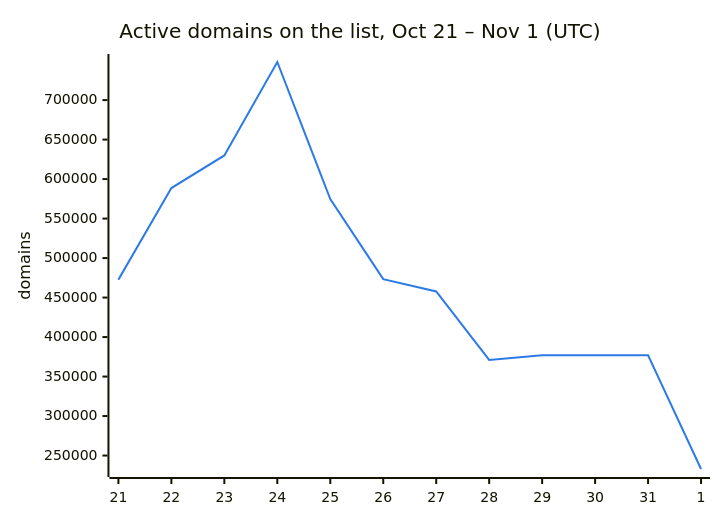
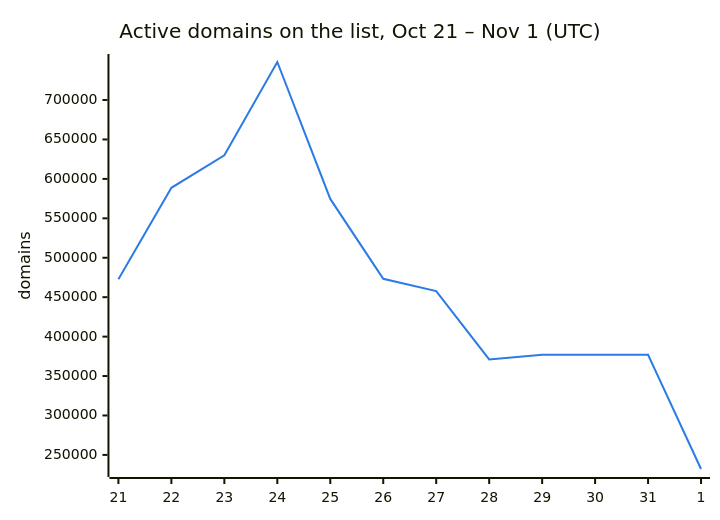
The second of 3 diagrams in README.md (DNSBunker/CTI), drawn with Mermaid before and after one commit. The commit also changed other lines of this file and 3 other files, not shown here.

````diff
--- a/README.md
+++ b/README.md
@@ -38,8 +38,8 @@
 ```mermaid
 %%{init: {"themeVariables": {"xyChart": {"plotColorPalette": "#2c7be5"}}}}%%
 xychart-beta
     title "Active domains on the list, Oct 21 – Nov 1 (UTC)"
     x-axis ["21", "22", "23", "24", "25", "26", "27", "28", "29", "30", "31", "1"]
     y-axis "domains"
-    line [472713, 588659, 629951, 748222, 574614, 473331, 457795, 371010, 376945, 376945, 376945, 232971]
+    line [472713, 588659, 629951, 748222, 574614, 473331, 457795, 371010, 376945, 376945, 376945, 232141]
 ```
````
